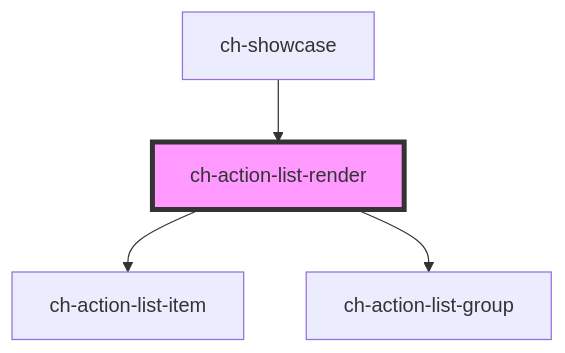
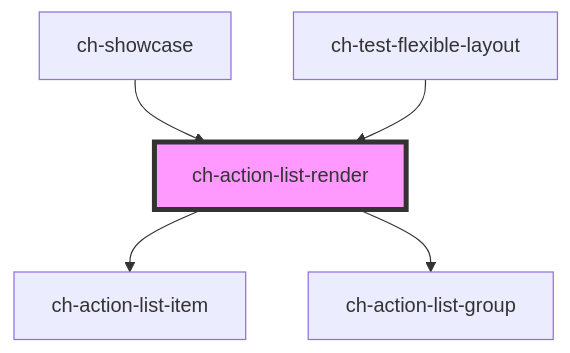
Before and after one commit to genexuslabs/chameleon-controls-library: the diagram in src/components/action-list/readme.md, drawn with Mermaid. The commit also changed other lines of this file and 7 other files, not shown here.

````diff
--- a/src/components/action-list/readme.md
+++ b/src/components/action-list/readme.md
@@ -41,7 +42,8 @@
 ```mermaid
 graph TD;
   ch-action-list-render --> ch-action-list-item
   ch-action-list-render --> ch-action-list-group
   ch-showcase --> ch-action-list-render
+  ch-test-flexible-layout --> ch-action-list-render
   style ch-action-list-render fill:#f9f,stroke:#333,stroke-width:4px
 ```
````
